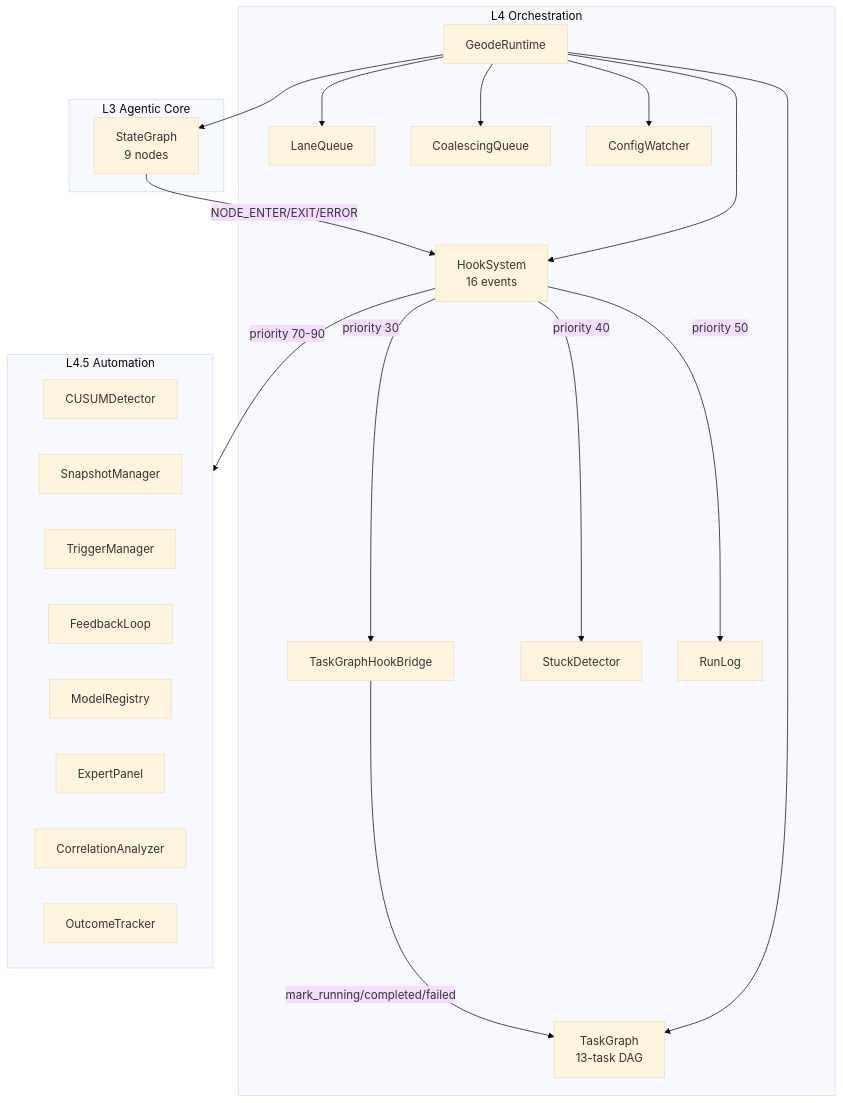
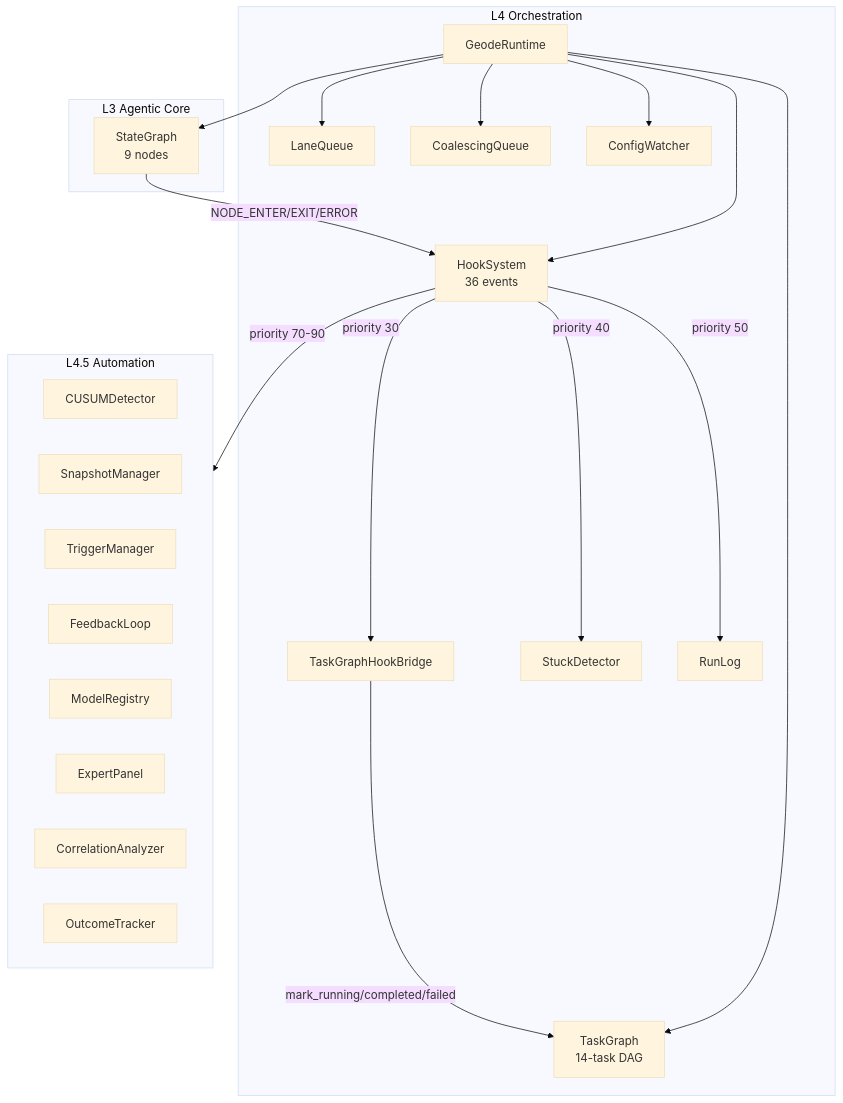
One commit to mangowhoiscloud/geode changed the first of 12 diagrams in docs/architecture/orchestration-operation.md. Above: the diagram before and after it, drawn with Mermaid (base theme). The commit also changed other lines of this file and 4 other files, not shown here.

````diff
--- a/docs/architecture/orchestration-operation.md
+++ b/docs/architecture/orchestration-operation.md
@@ -18,42 +20,42 @@
 ```mermaid
 graph TB
     subgraph L4["L4 Orchestration"]
         GR[GeodeRuntime]
-        HS[HookSystem<br/>16 events]
-        TG[TaskGraph<br/>13-task DAG]
+        HS[HookSystem<br/>36 events]
+        TG[TaskGraph<br/>14-task DAG]
         TB[TaskGraphHookBridge]
         SD[StuckDetector]
         RL[RunLog]
         LQ[LaneQueue]
         CQ[CoalescingQueue]
         CW[ConfigWatcher]
     end
 
     subgraph L3["L3 Agentic Core"]
         SG[StateGraph<br/>9 nodes]
     end
 
     subgraph L45["L4.5 Automation"]
         DD[CUSUMDetector]
         SM[SnapshotManager]
         TM[TriggerManager]
         FL[FeedbackLoop]
         MR[ModelRegistry]
         EP[ExpertPanel]
         CA[CorrelationAnalyzer]
         OT[OutcomeTracker]
     end
 
     SG -->|NODE_ENTER/EXIT/ERROR| HS
     HS -->|priority 30| TB
     TB -->|mark_running/completed/failed| TG
     HS -->|priority 40| SD
     HS -->|priority 50| RL
     HS -->|priority 70-90| L45
     GR --> SG
     GR --> HS
     GR --> TG
     GR --> LQ
     GR --> CQ
     GR --> CW
 ```
````
